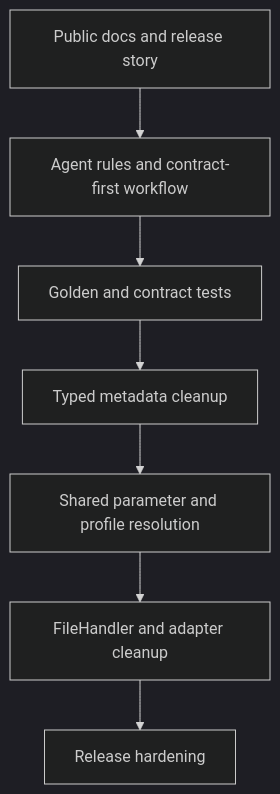
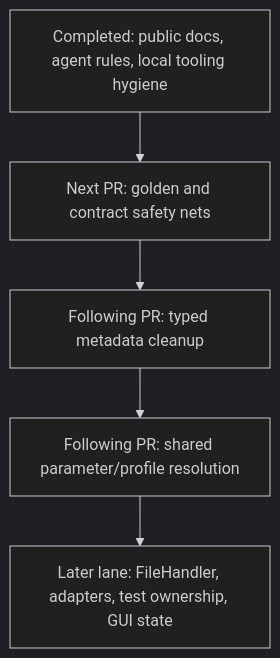
The diagram in docs/plans/2026-05-02-stabilization-lane.md (Chao-hu-Lab/ms-preprocessing-toolkit), drawn with Mermaid (dark theme) before and after one commit. The commit also changed other lines of this file, not shown here.

Commit message:
docs: refine stabilization lane plan

````diff
--- a/docs/plans/2026-05-02-stabilization-lane.md
+++ b/docs/plans/2026-05-02-stabilization-lane.md
@@ -86,12 +35,16 @@
 ```mermaid
 flowchart TB
     accTitle: Stabilization Work Order
-    accDescr: The stabilization lane starts with public documentation and agent rules, then adds contract safety nets before deeper refactors.
+    accDescr: Completed public documentation and rule cleanup create the base for contract tests, then typed metadata and resolver cleanup can proceed safely.
 
-    public_docs[Public docs and release story] --> agent_rules[Agent rules and contract-first workflow]
-    agent_rules --> safety_net[Golden and contract tests]
-    safety_net --> typed_metadata[Typed metadata cleanup]
-    typed_metadata --> shared_resolution[Shared parameter and profile resolution]
-    shared_resolution --> infrastructure_cleanup[FileHandler and adapter cleanup]
-    infrastructure_cleanup --> release_hardening[Release hardening]
+    completed_docs["Completed: public docs, agent rules, local tooling hygiene"]
+    contract_safety["Next PR: golden and contract safety nets"]
+    typed_metadata["Following PR: typed metadata cleanup"]
+    shared_resolution["Following PR: shared parameter/profile resolution"]
+    cleanup_lane["Later lane: FileHandler, adapters, test ownership, GUI state"]
+
+    completed_docs --> contract_safety
+    contract_safety --> typed_metadata
+    typed_metadata --> shared_resolution
+    shared_resolution --> cleanup_lane
 ```
````
